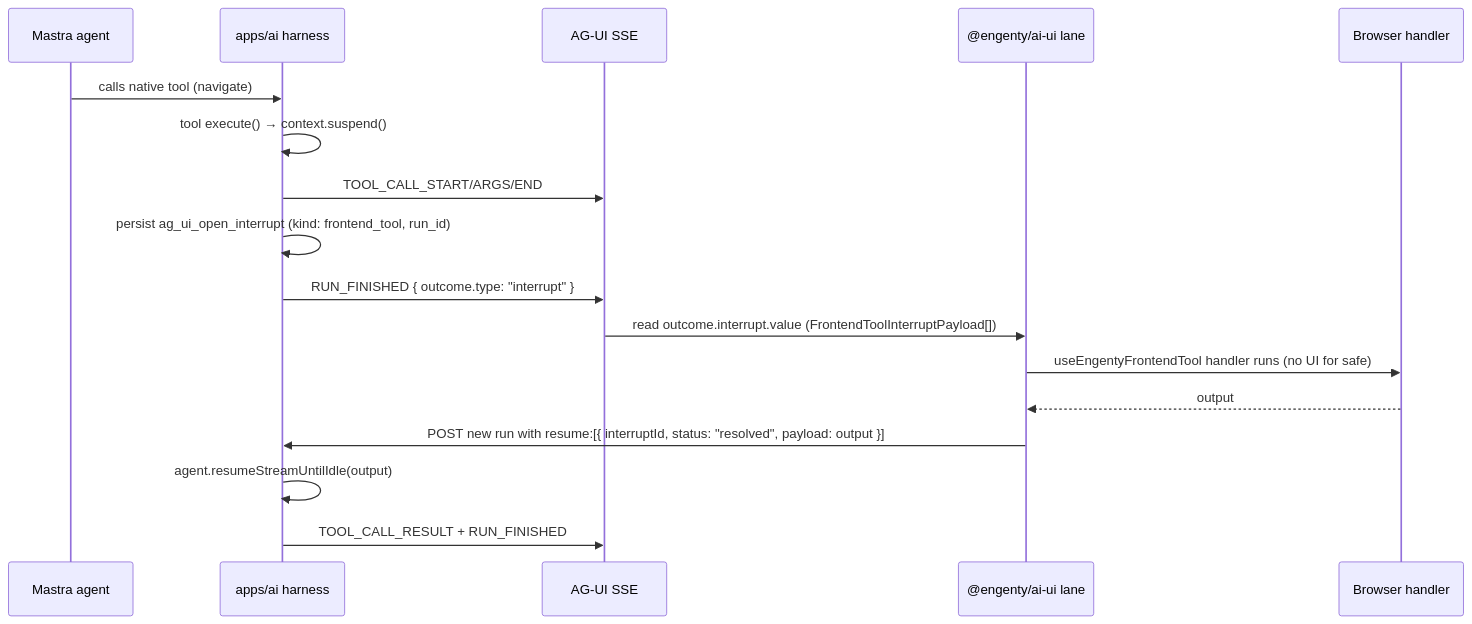
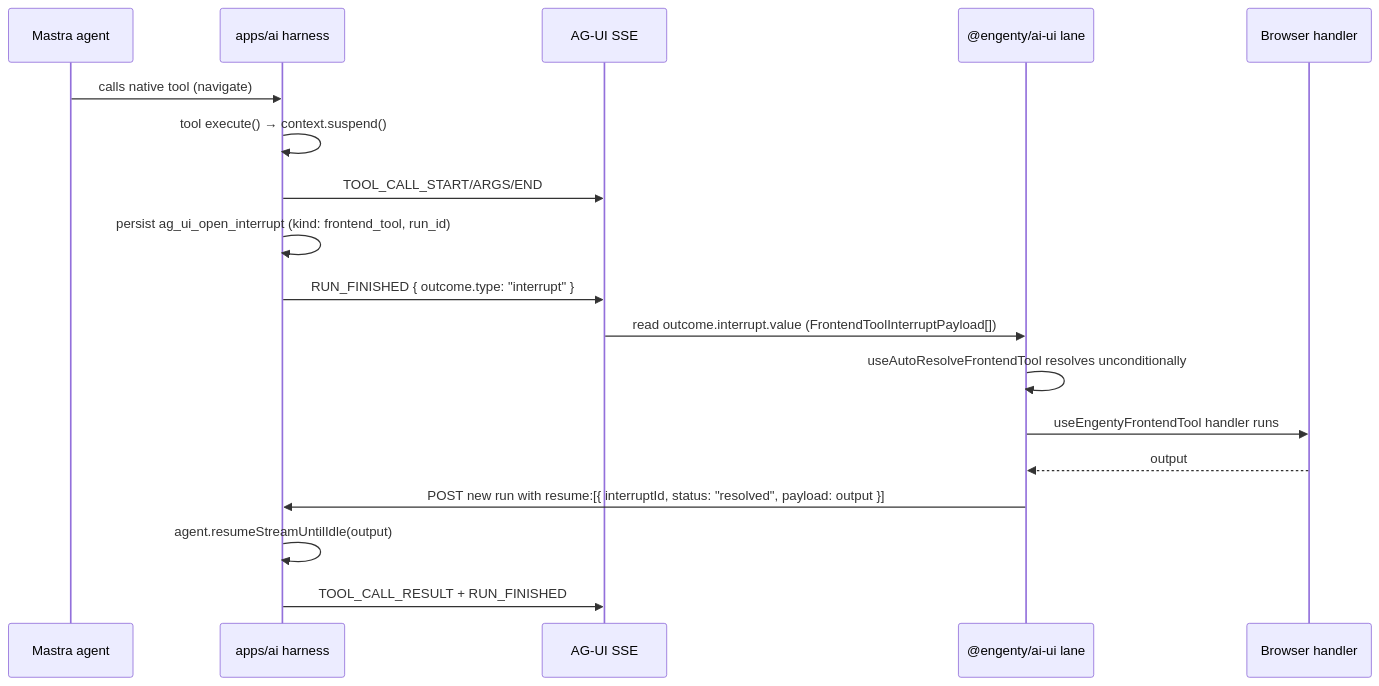
Before and after one commit to engenty/engenty: the diagram in modules/engenty-copilot/dev/frontend-tool-interrupt-resume.md, drawn with Mermaid. The commit also changed other lines of this file and 308 other files, not shown here.

````diff
--- a/modules/engenty-copilot/dev/frontend-tool-interrupt-resume.md
+++ b/modules/engenty-copilot/dev/frontend-tool-interrupt-resume.md
@@ -27,20 +32,21 @@
 ```mermaid
 sequenceDiagram
   participant Agent as Mastra agent
   participant AI as apps/ai harness
   participant SSE as AG-UI SSE
   participant UI as @engenty/ai-ui lane
   participant Shell as Browser handler
 
   Agent->>AI: calls native tool (navigate)
   AI->>AI: tool execute() → context.suspend()
   AI->>SSE: TOOL_CALL_START/ARGS/END
   AI->>AI: persist ag_ui_open_interrupt (kind: frontend_tool, run_id)
   AI->>SSE: RUN_FINISHED { outcome.type: "interrupt" }
   SSE->>UI: read outcome.interrupt.value (FrontendToolInterruptPayload[])
-  UI->>Shell: useEngentyFrontendTool handler runs (no UI for safe)
+  UI->>UI: useAutoResolveFrontendTool resolves unconditionally
+  UI->>Shell: useEngentyFrontendTool handler runs
   Shell-->>UI: output
   UI->>AI: POST new run with resume:[{ interruptId, status: "resolved", payload: output }]
   AI->>AI: agent.resumeStreamUntilIdle(output)
   AI->>SSE: TOOL_CALL_RESULT + RUN_FINISHED
 ```
````
